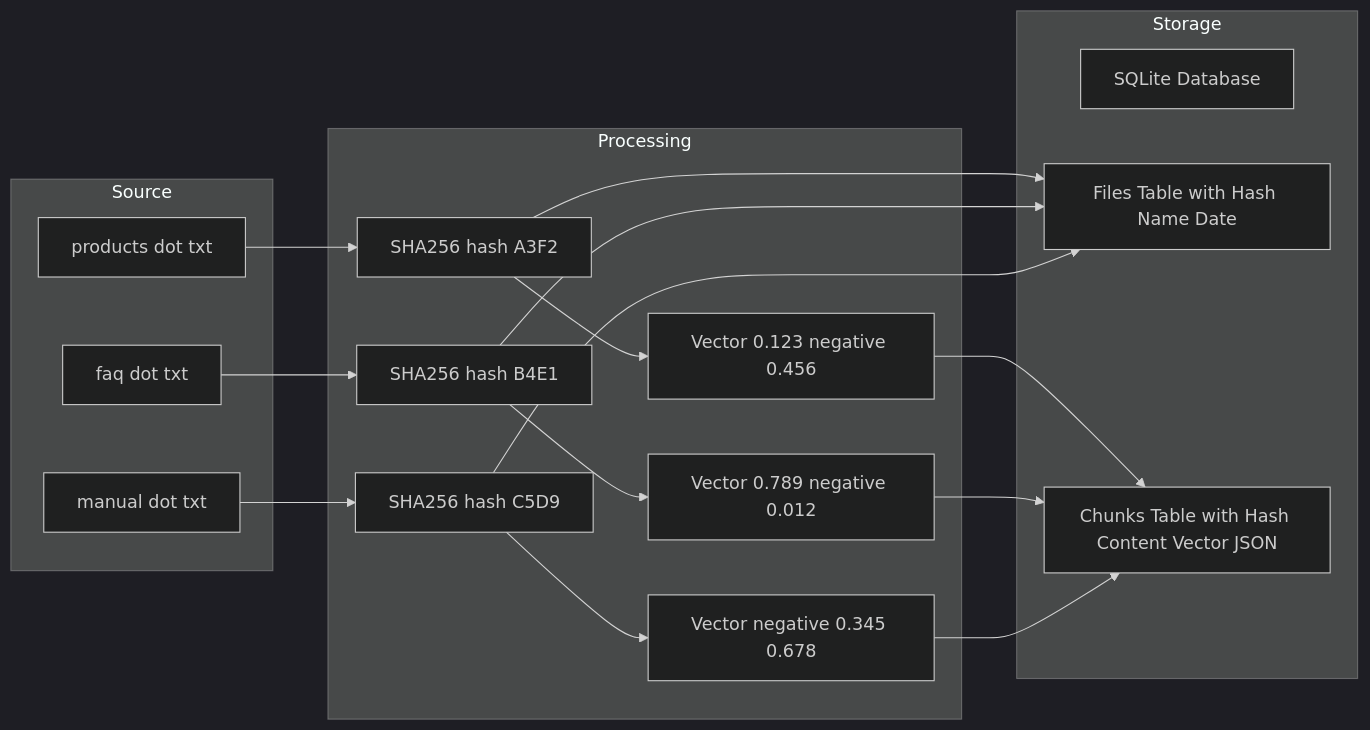
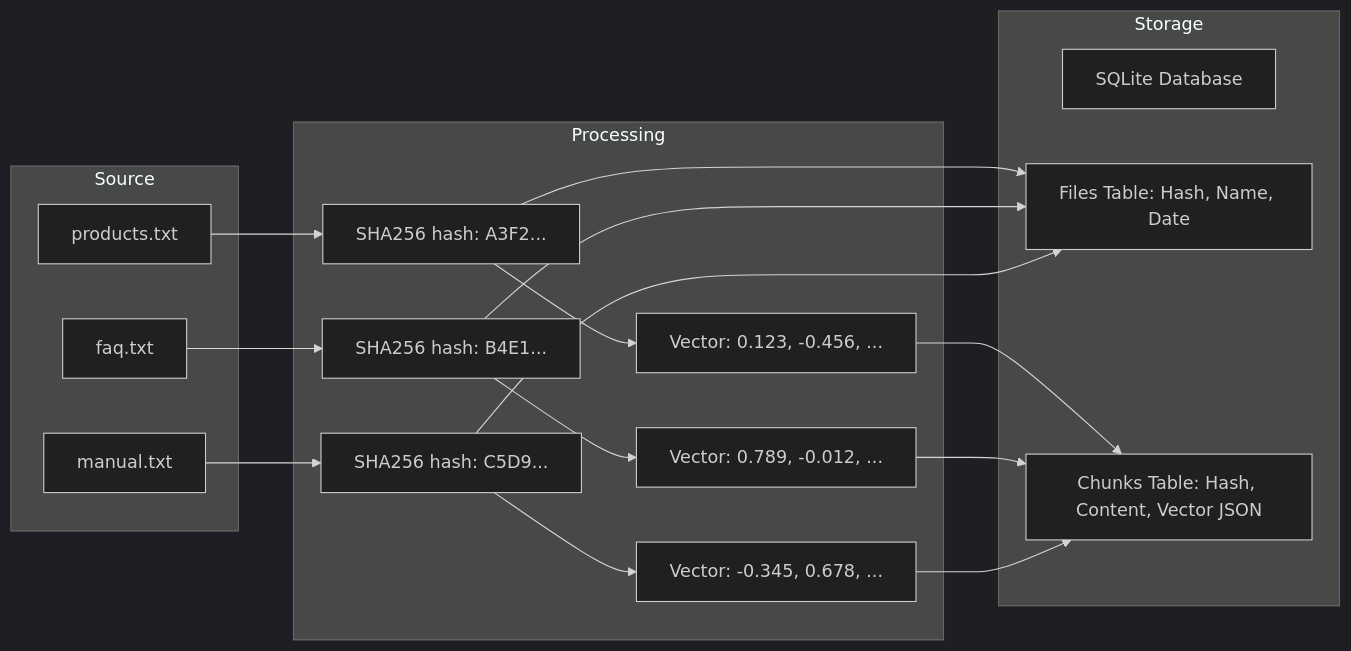
One commit to andikatjacobdennis/Local-RAG-With-OllamaSharp changed the sixth of 11 diagrams in doc/Technical Architecture Document.md. Above: the diagram before and after it, drawn with Mermaid (dark theme). The commit also changed other lines of this file, not shown here.

````diff
--- a/doc/Technical Architecture Document.md
+++ b/doc/Technical Architecture Document.md
@@ -354,32 +356,32 @@
 ```mermaid
 flowchart LR
     subgraph Source
-        F1[products dot txt]
-        F2[faq dot txt]
-        F3[manual dot txt]
+        F1[products.txt]
+        F2[faq.txt]
+        F3[manual.txt]
     end
     
     subgraph Processing
-        H1[SHA256 hash A3F2]
-        H2[SHA256 hash B4E1]
-        H3[SHA256 hash C5D9]
+        H1[SHA256 hash: A3F2...]
+        H2[SHA256 hash: B4E1...]
+        H3[SHA256 hash: C5D9...]
         
-        V1[Vector 0.123 negative 0.456]
-        V2[Vector 0.789 negative 0.012]
-        V3[Vector negative 0.345 0.678]
+        V1[Vector: 0.123, -0.456, ...]
+        V2[Vector: 0.789, -0.012, ...]
+        V3[Vector: -0.345, 0.678, ...]
     end
     
     subgraph Storage
         DB[SQLite Database]
-        FT[Files Table with Hash Name Date]
-        CT[Chunks Table with Hash Content Vector JSON]
+        FT[Files Table: Hash, Name, Date]
+        CT[Chunks Table: Hash, Content, Vector JSON]
     end
     
     F1 --> H1 --> V1 --> CT
     F2 --> H2 --> V2 --> CT
     F3 --> H3 --> V3 --> CT
     
     H1 --> FT
     H2 --> FT
     H3 --> FT
 ```
````
